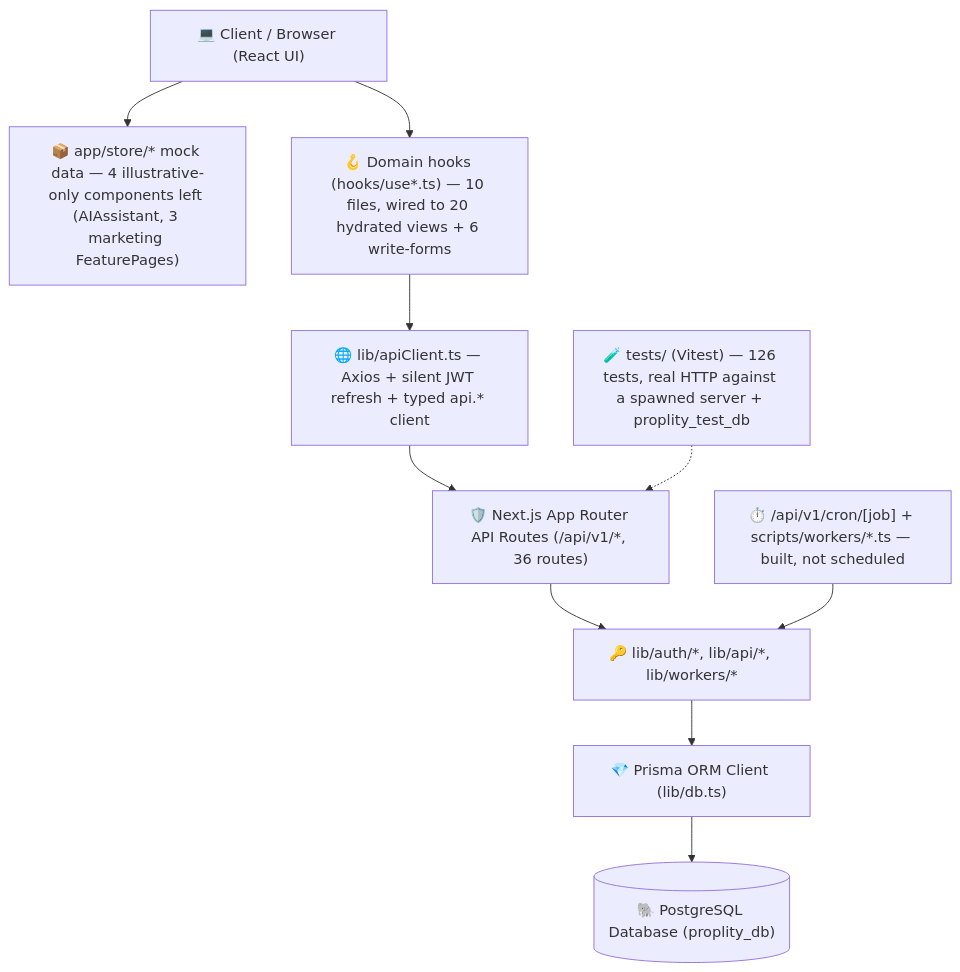
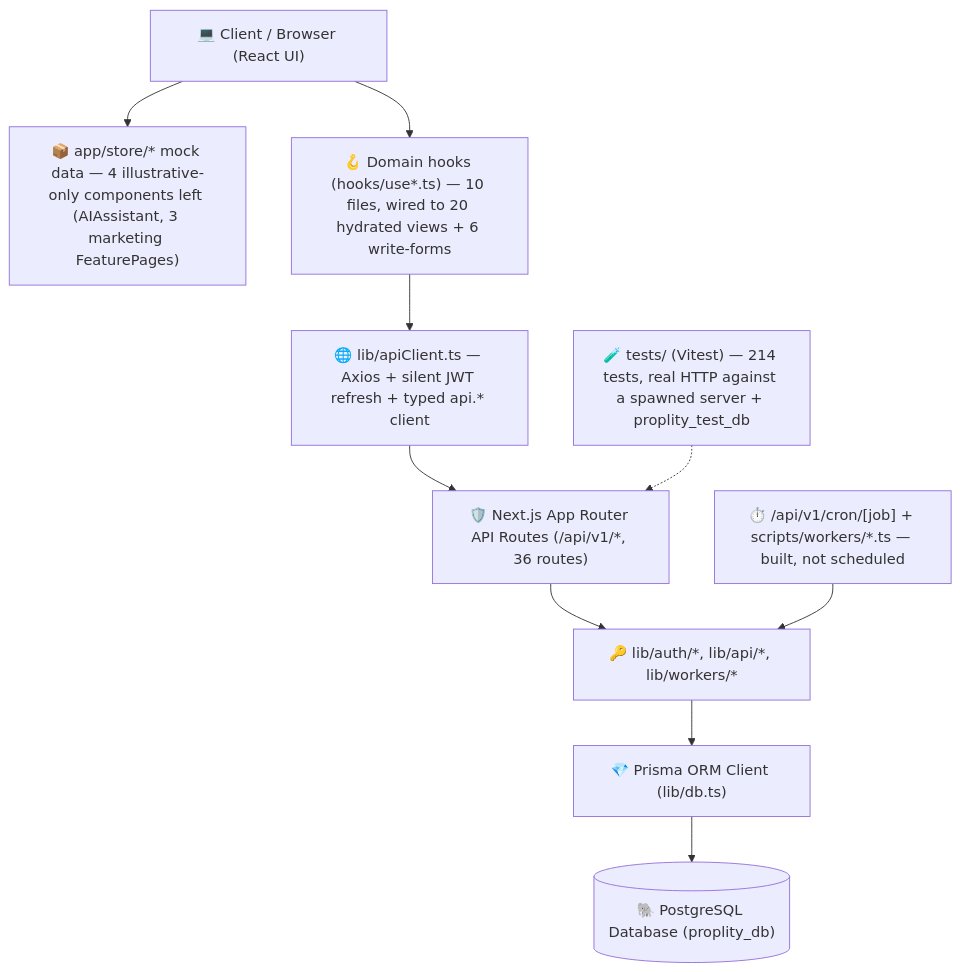
Before and after one commit to Proplity/proplity: the diagram in PROJECT_STRUCTURE.md, drawn with Mermaid. The commit also changed other lines of this file and 169 other files, not shown here.

````diff
--- a/PROJECT_STRUCTURE.md
+++ b/PROJECT_STRUCTURE.md
@@ -11,23 +11,23 @@
 ```mermaid
 graph TD
     Client["💻 Client / Browser (React UI)"]
     Store["📦 app/store/* mock data — 4 illustrative-only components left (AIAssistant, 3 marketing FeaturePages)"]
     Hooks["🪝 Domain hooks (hooks/use*.ts) — 10 files, wired to 20 hydrated views + 6 write-forms"]
     ApiClient["🌐 lib/apiClient.ts — Axios + silent JWT refresh + typed api.* client"]
     NextApi["🛡️ Next.js App Router API Routes (/api/v1/*, 36 routes)"]
     LibCore["🔑 lib/auth/*, lib/api/*, lib/workers/*"]
     PrismaClient["💎 Prisma ORM Client (lib/db.ts)"]
     Postgres[("🐘 PostgreSQL Database (proplity_db)")]
     Cron["⏱️ /api/v1/cron/[job] + scripts/workers/*.ts — built, not scheduled"]
-    Tests["🧪 tests/ (Vitest) — 126 tests, real HTTP against a spawned server + proplity_test_db"]
+    Tests["🧪 tests/ (Vitest) — 214 tests, real HTTP against a spawned server + proplity_test_db"]
 
     Client --> Store
     Client --> Hooks
     Hooks --> ApiClient
     ApiClient --> NextApi
     NextApi --> LibCore
     LibCore --> PrismaClient
     Cron --> LibCore
     PrismaClient --> Postgres
     Tests -.-> NextApi
 ```
````
